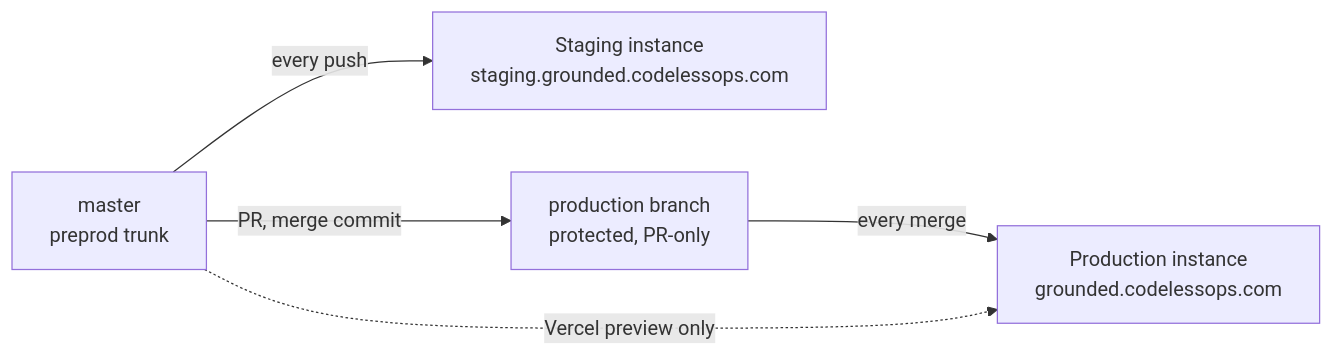
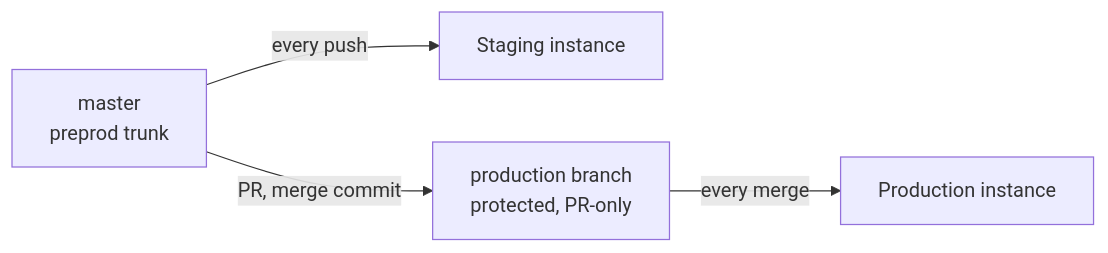
The diagram in docs/operations/deployment.md (klameer/grounded-field-notes), drawn with Mermaid before and after one commit. The commit also changed other lines of this file and 9 other files, not shown here.

````diff
--- a/docs/operations/deployment.md
+++ b/docs/operations/deployment.md
@@ -7,7 +10,6 @@
 ```mermaid
 flowchart LR
-    master[master<br/>preprod trunk] -- every push --> staging[Staging instance<br/>staging.grounded.codelessops.com]
+    master[master<br/>preprod trunk] -- every push --> staging[Staging instance]
     master -- PR, merge commit --> prod[production branch<br/>protected, PR-only]
-    prod -- every merge --> live[Production instance<br/>grounded.codelessops.com]
-    master -. Vercel preview only .-> live
+    prod -- every merge --> live[Production instance]
 ```
````
